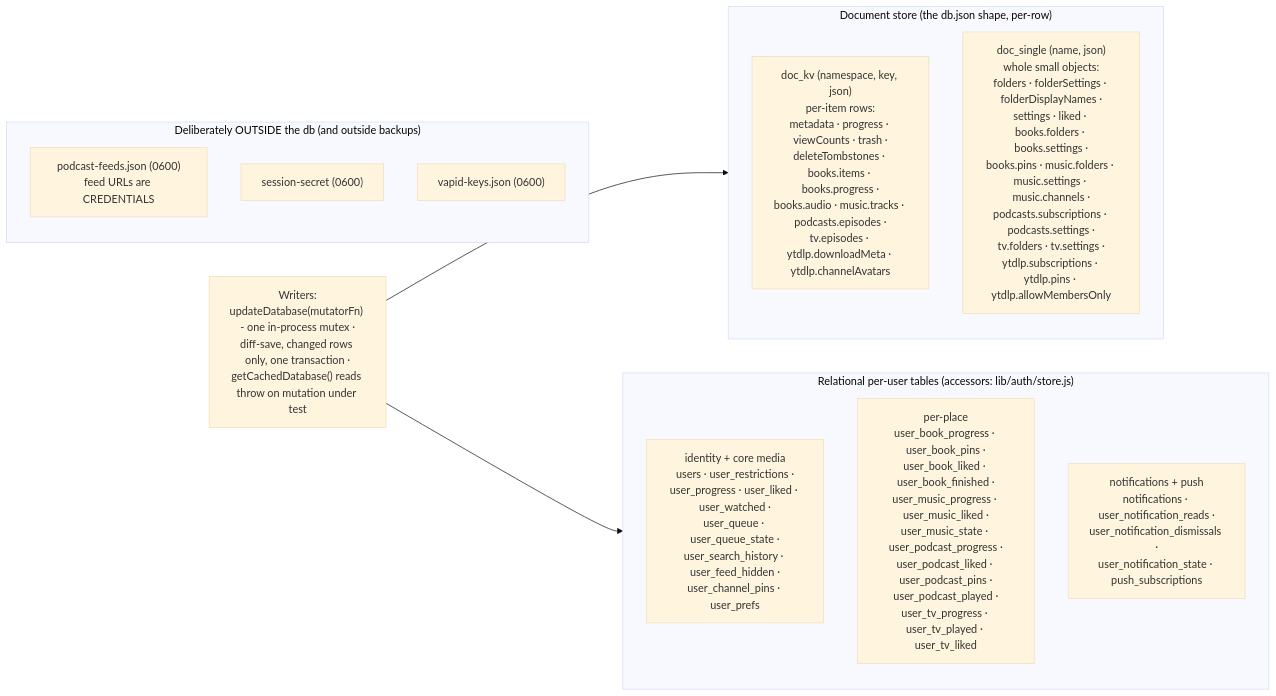
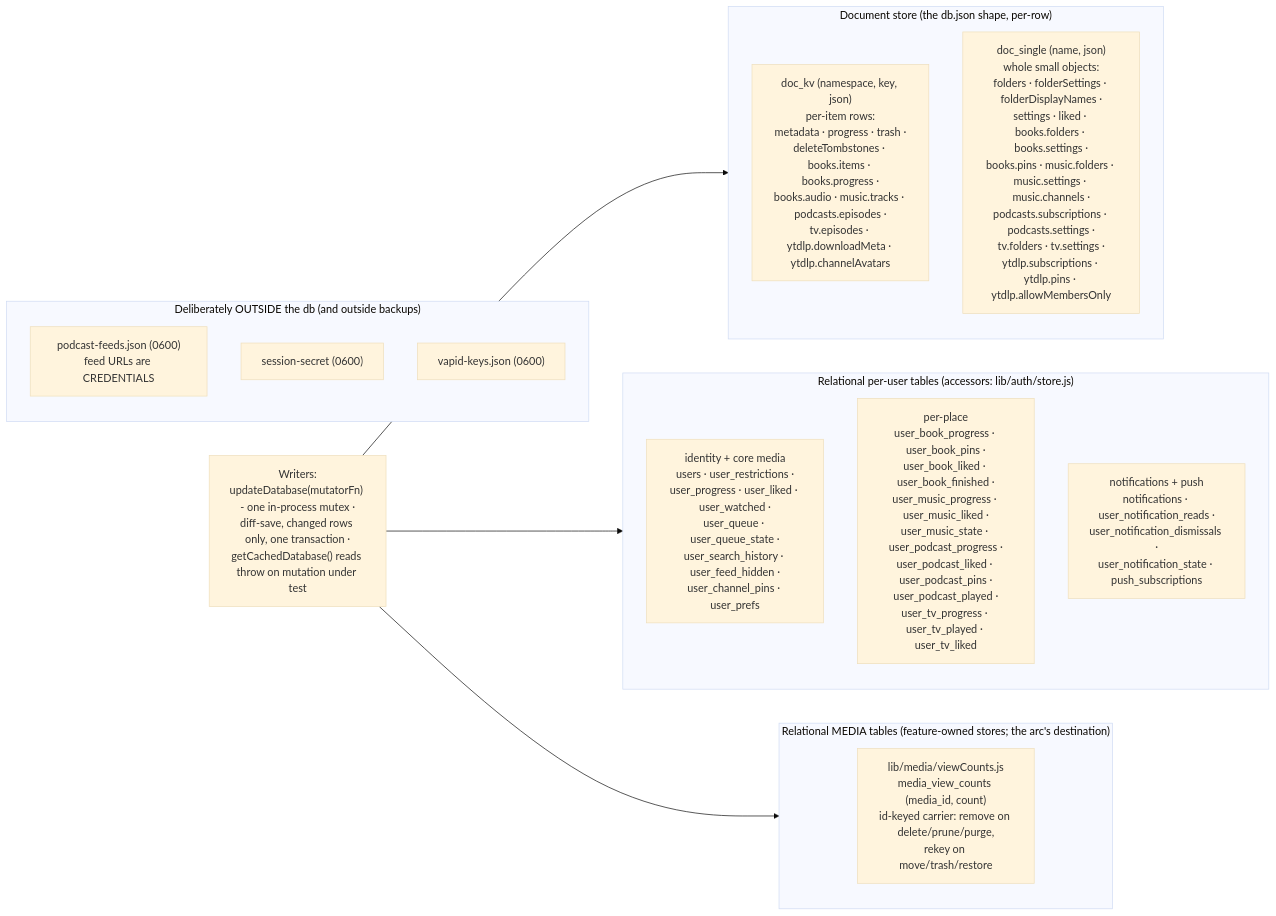
The second of 6 diagrams in docs/DIAGRAMS.md (dtammam/filetube), drawn with Mermaid (base theme) before and after one commit. The commit also changed other lines of this file and 23 other files, not shown here.

````diff
--- a/docs/DIAGRAMS.md
+++ b/docs/DIAGRAMS.md
@@ -97,24 +101,29 @@
 ```mermaid
 flowchart LR
     subgraph DOC["Document store (the db.json shape, per-row)"]
-        KV["doc_kv (namespace, key, json)<br/>per-item rows:<br/>metadata · progress · viewCounts · trash ·<br/>deleteTombstones · books.items · books.progress ·<br/>books.audio · music.tracks · podcasts.episodes ·<br/>tv.episodes · ytdlp.downloadMeta · ytdlp.channelAvatars"]
+        KV["doc_kv (namespace, key, json)<br/>per-item rows:<br/>metadata · progress · trash ·<br/>deleteTombstones · books.items · books.progress ·<br/>books.audio · music.tracks · podcasts.episodes ·<br/>tv.episodes · ytdlp.downloadMeta · ytdlp.channelAvatars"]
         SINGLE["doc_single (name, json)<br/>whole small objects:<br/>folders · folderSettings · folderDisplayNames ·<br/>settings · liked · books.folders · books.settings ·<br/>books.pins · music.folders · music.settings · music.channels ·<br/>podcasts.subscriptions · podcasts.settings ·<br/>tv.folders · tv.settings ·<br/>ytdlp.subscriptions · ytdlp.pins · ytdlp.allowMembersOnly"]
     end
 
     subgraph REL["Relational per-user tables (accessors: lib/auth/store.js)"]
         CORE["identity + core media<br/>users · user_restrictions ·<br/>user_progress · user_liked · user_watched ·<br/>user_queue · user_queue_state ·<br/>user_search_history · user_feed_hidden ·<br/>user_channel_pins · user_prefs"]
         PLACEST["per-place<br/>user_book_progress · user_book_pins ·<br/>user_book_liked · user_book_finished ·<br/>user_music_progress · user_music_liked ·<br/>user_music_state · user_podcast_progress ·<br/>user_podcast_liked · user_podcast_pins ·<br/>user_podcast_played ·<br/>user_tv_progress · user_tv_played · user_tv_liked"]
         NOTIF["notifications + push<br/>notifications · user_notification_reads ·<br/>user_notification_dismissals ·<br/>user_notification_state · push_subscriptions"]
+    end
+
+    subgraph MEDIA["Relational MEDIA tables (feature-owned stores; the arc's destination)"]
+        VC["lib/media/viewCounts.js<br/>media_view_counts (media_id, count)<br/>id-keyed carrier: remove on delete/prune/purge,<br/>rekey on move/trash/restore"]
     end
 
     subgraph OUT["Deliberately OUTSIDE the db (and outside backups)"]
         FEEDS["podcast-feeds.json (0600)<br/>feed URLs are CREDENTIALS"]
         SS["session-secret (0600)"]
         VAPID["vapid-keys.json (0600)"]
     end
 
     WRITERS["Writers:<br/>updateDatabase(mutatorFn) - one in-process mutex ·<br/>diff-save, changed rows only, one transaction ·<br/>getCachedDatabase() reads throw on mutation under test"]
 
     WRITERS --> DOC
     WRITERS --> REL
+    WRITERS --> MEDIA
 ```
````
